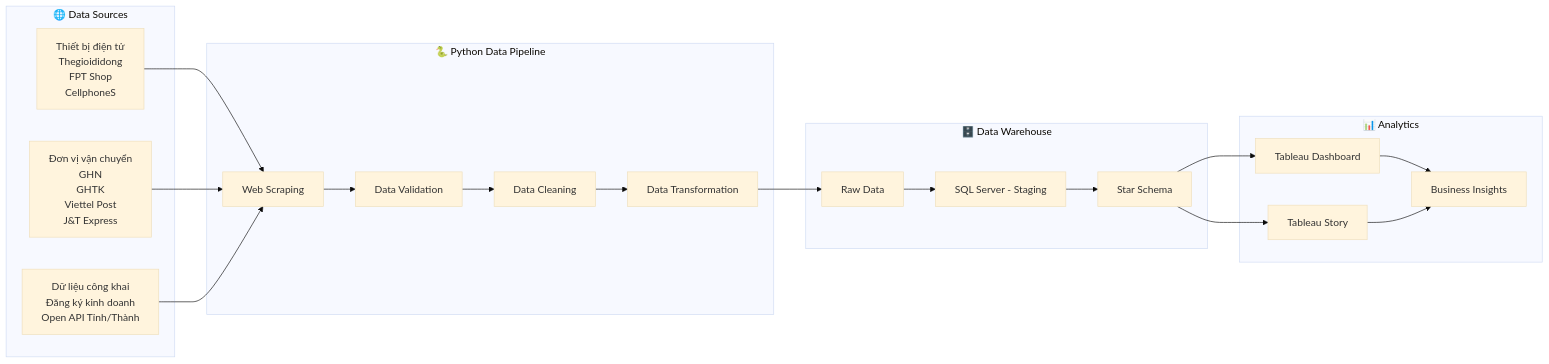
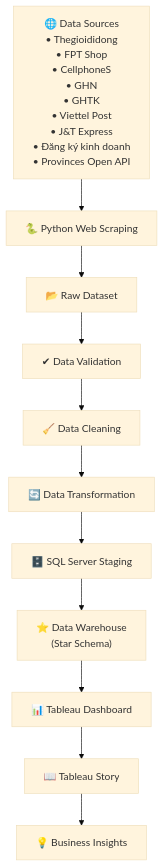
The diagram in README.md (hien20062006/Infinity-Code_DATN), drawn with Mermaid (base theme) before and after one commit.

````diff
--- a/README.md
+++ b/README.md
@@ -9,46 +9,35 @@
 ```mermaid
-flowchart LR
+flowchart TD
 
-subgraph S1["🌐 Data Sources"]
-A1["Thiết bị điện tử<br/>Thegioididong<br/>FPT Shop<br/>CellphoneS"]
-A2["Đơn vị vận chuyển<br/>GHN<br/>GHTK<br/>Viettel Post<br/>J&T Express"]
-A3["Dữ liệu công khai<br/>Đăng ký kinh doanh<br/>Open API Tỉnh/Thành"]
-end
+A["🌐 Data Sources
+• Thegioididong
+• FPT Shop
+• CellphoneS
+• GHN
+• GHTK
+• Viettel Post
+• J&T Express
+• Đăng ký kinh doanh
+• Provinces Open API"]
 
-subgraph S2["🐍 Python Data Pipeline"]
-B1["Web Scraping"]
-B2["Data Validation"]
-B3["Data Cleaning"]
-B4["Data Transformation"]
-end
+A --> B["🐍 Python Web Scraping"]
 
-subgraph S3["🗄️ Data Warehouse"]
-C1["Raw Data"]
-C2["SQL Server - Staging"]
-C3["Star Schema"]
-end
+B --> C["📂 Raw Dataset"]
 
-subgraph S4["📊 Analytics"]
-D1["Tableau Dashboard"]
-D2["Tableau Story"]
-D3["Business Insights"]
-end
+C --> D["✔ Data Validation"]
 
-A1 --> B1
-A2 --> B1
-A3 --> B1
+D --> E["🧹 Data Cleaning"]
 
-B1 --> B2
-B2 --> B3
-B3 --> B4
+E --> F["🔄 Data Transformation"]
 
-B4 --> C1
-C1 --> C2
-C2 --> C3
+F --> G["🗄️ SQL Server Staging"]
 
-C3 --> D1
-C3 --> D2
+G --> H["⭐ Data Warehouse
+(Star Schema)"]
 
-D1 --> D3
-D2 --> D3
+H --> I["📊 Tableau Dashboard"]
+
+I --> J["📖 Tableau Story"]
+
+J --> K["💡 Business Insights"]
 ```
````
